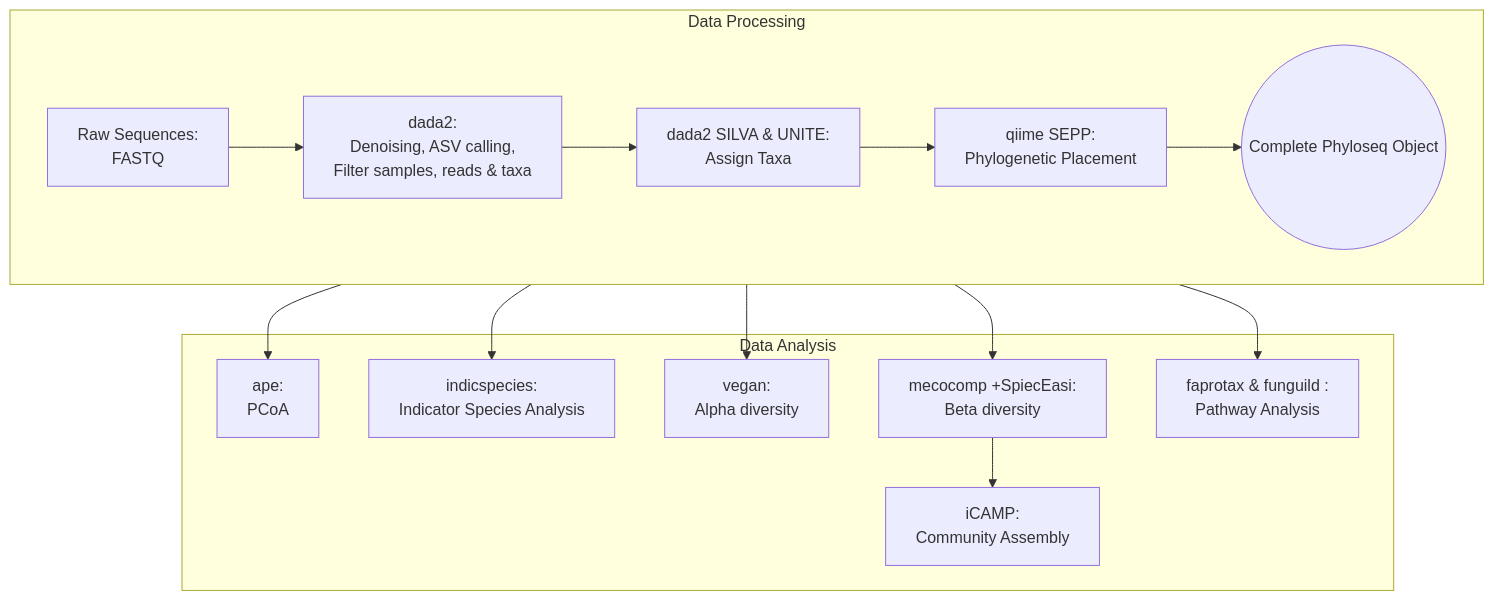
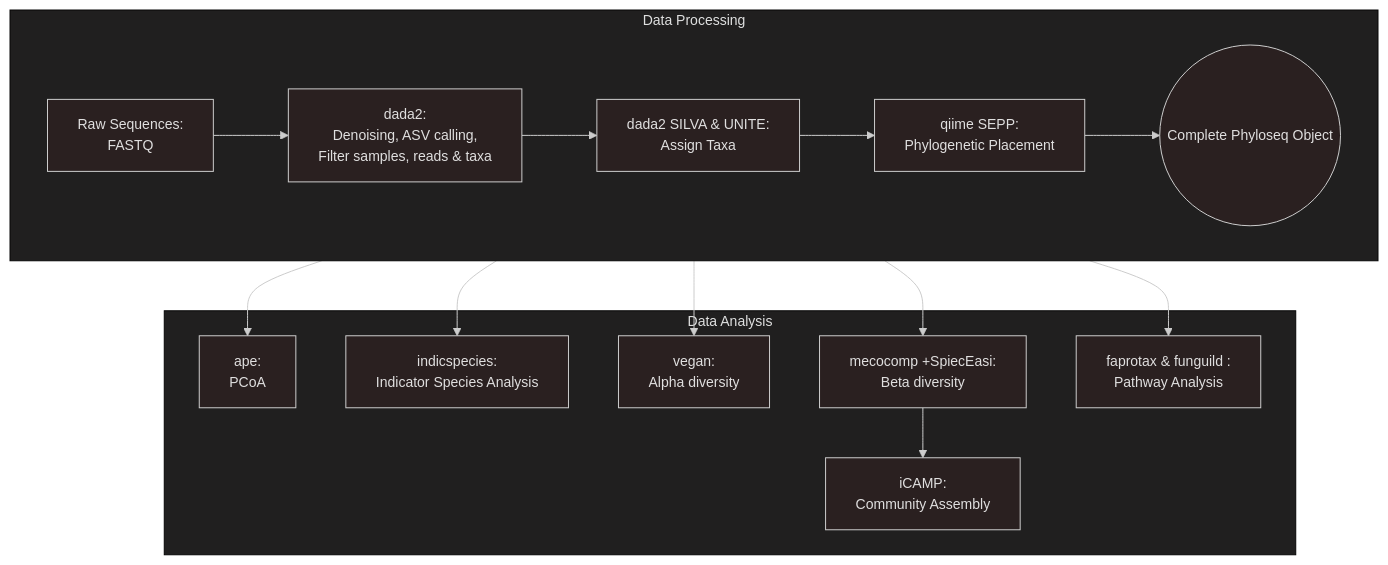
Before and after one commit to dbioinfo/drhizo: the diagram in README.md, drawn with Mermaid.

Commit message:
syntax comit

````diff
--- a/README.md
+++ b/README.md
@@ -10,22 +10,22 @@
 ```mermaid
 ---
 config:
-  theme: 'dark-neo'
+  theme: 'neo-dark'
 ---
 graph TB;
 subgraph Z[Data Processing];
     direction LR;
     A[Raw Sequences: \nFASTQ] --> B[dada2: \nDenoising, ASV calling, \nFilter samples, reads & taxa];
     B --> C[dada2 SILVA & UNITE: \nAssign Taxa];
     C --> K[qiime SEPP: \nPhylogenetic Placement];
     K --> D((Complete Phyloseq Object));
 end;
 subgraph Y[Data Analysis];
     D((Complete Phyloseq Object)) --> H[ape: \nPCoA];
     D --> G[indicspecies: \nIndicator Species Analysis];
     D --> J[vegan: \nAlpha diversity];
     D --> E[mecocomp +SpiecEasi: \nBeta diversity];
     E --> F[iCAMP: \nCommunity Assembly];
     D --> I[faprotax & funguild : \nPathway Analysis];
 end;
 ```
````
